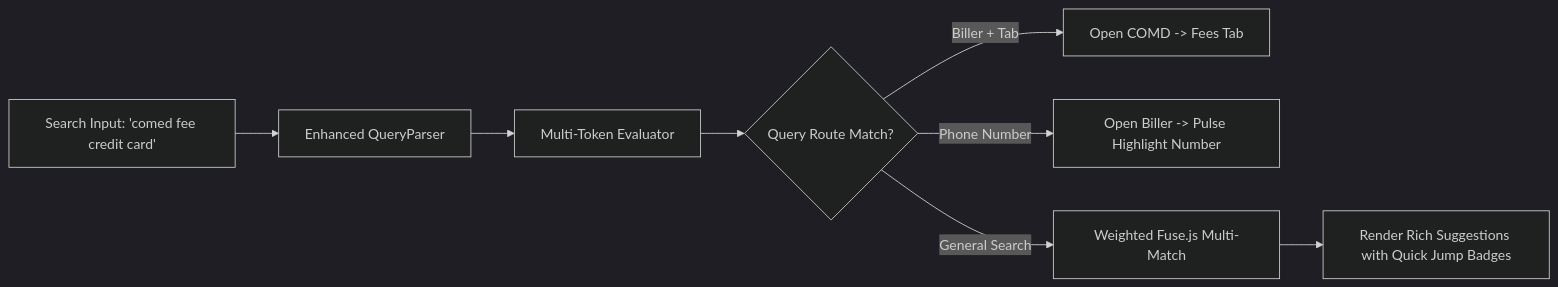
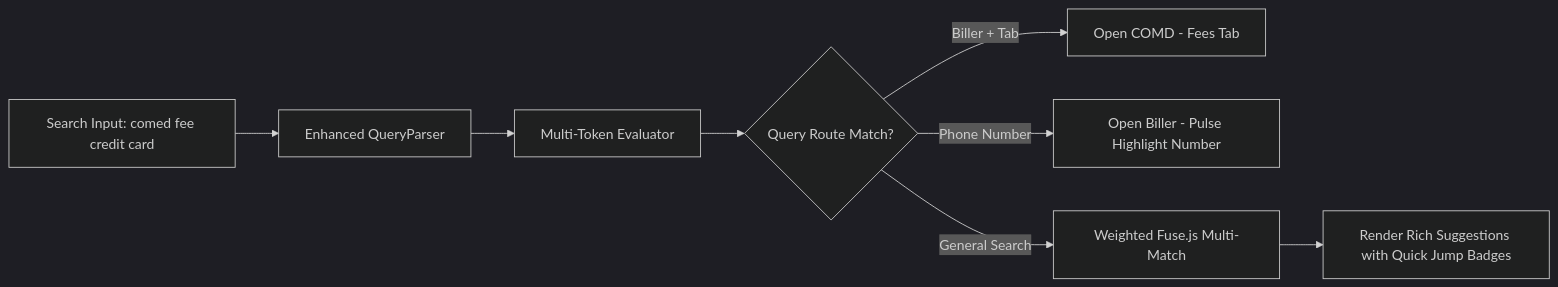
Before and after one commit to Harshil8136/chess-game1: the second of 3 diagrams in synced-docs/cf-admin/documentation/archive/DO NOT SCAN!/POSSIBLE_IMPROVEMENTS.md, drawn with Mermaid (dark theme). The commit also changed other lines of this file and 4 other files, not shown here.

````diff
--- a/synced-docs/cf-admin/documentation/archive/DO NOT SCAN!/POSSIBLE_IMPROVEMENTS.md
+++ b/synced-docs/cf-admin/documentation/archive/DO NOT SCAN!/POSSIBLE_IMPROVEMENTS.md
@@ -56,10 +57,10 @@
 ```mermaid
 flowchart LR
-    UserInput[Search Input: 'comed fee credit card'] --> DeepParser[Enhanced QueryParser]
-    DeepParser --> MultiToken[Multi-Token Evaluator]
-    MultiToken --> DirectRoute{Query Route Match?}
-    DirectRoute -->|Biller + Tab| TabRoute[Open COMD -> Fees Tab]
-    DirectRoute -->|Phone Number| PulseRoute[Open Biller -> Pulse Highlight Number]
-    DirectRoute -->|General Search| FuzzyFuse[Weighted Fuse.js Multi-Match]
-    FuzzyFuse --> RichSuggest[Render Rich Suggestions with Quick Jump Badges]
+    UserInput["Search Input: comed fee credit card"] --> DeepParser["Enhanced QueryParser"]
+    DeepParser --> MultiToken["Multi-Token Evaluator"]
+    MultiToken --> DirectRoute{"Query Route Match?"}
+    DirectRoute -->|Biller + Tab| TabRoute["Open COMD - Fees Tab"]
+    DirectRoute -->|Phone Number| PulseRoute["Open Biller - Pulse Highlight Number"]
+    DirectRoute -->|General Search| FuzzyFuse["Weighted Fuse.js Multi-Match"]
+    FuzzyFuse --> RichSuggest["Render Rich Suggestions with Quick Jump Badges"]
 ```
````
